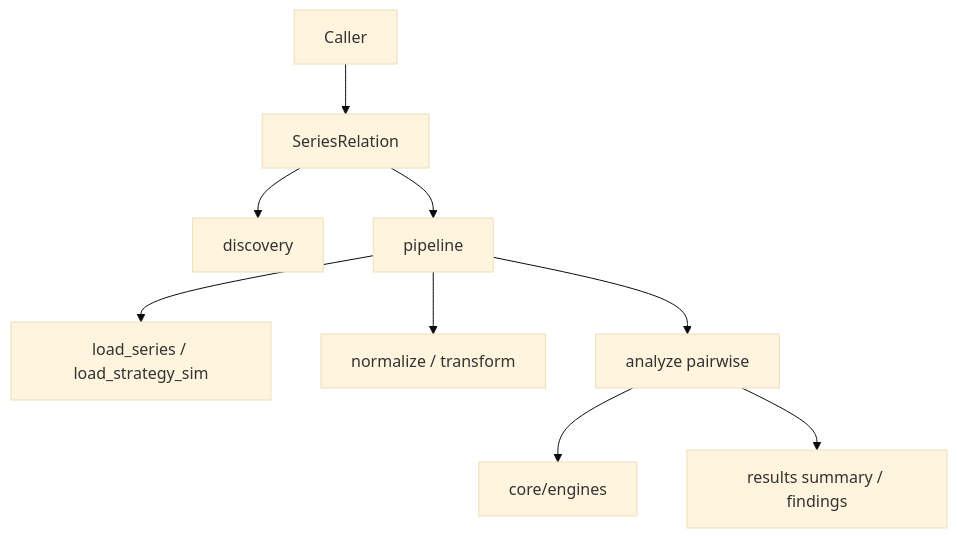
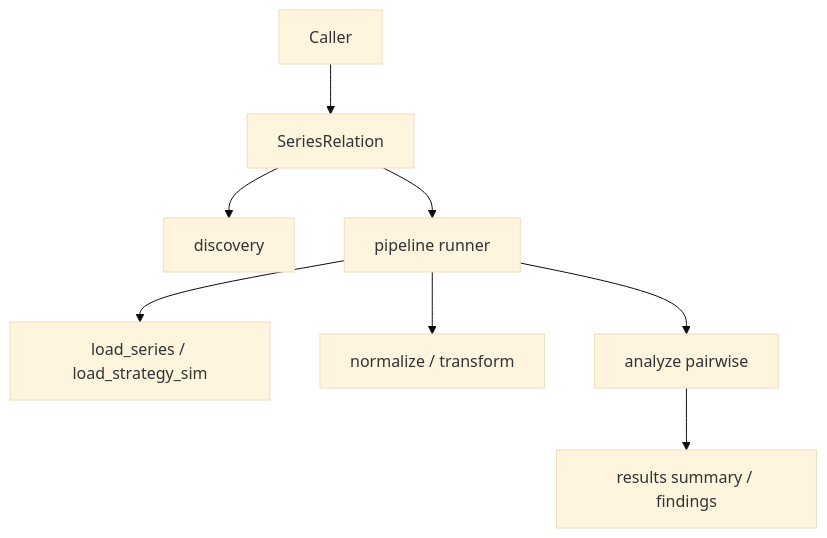
One commit to garnet1985/new-tea-quant changed the first of 2 diagrams in core/modules/series_relation/docs/ARCHITECTURE.md. Above: the diagram before and after it, drawn with Mermaid (base theme). The commit also changed other lines of this file and 338 other files, not shown here.

````diff
--- a/core/modules/series_relation/docs/ARCHITECTURE.md
+++ b/core/modules/series_relation/docs/ARCHITECTURE.md
@@ -39,11 +37,10 @@
 ```mermaid
 flowchart TB
   Caller --> Facade[SeriesRelation]
   Facade --> Disc[discovery]
-  Facade --> Pipe[pipeline]
+  Facade --> Pipe[pipeline runner]
   Pipe --> Load[load_series / load_strategy_sim]
   Pipe --> Norm[normalize / transform]
   Pipe --> Analyze[analyze pairwise]
-  Analyze --> Engines[core/engines]
   Analyze --> Out[results summary / findings]
 ```
````
